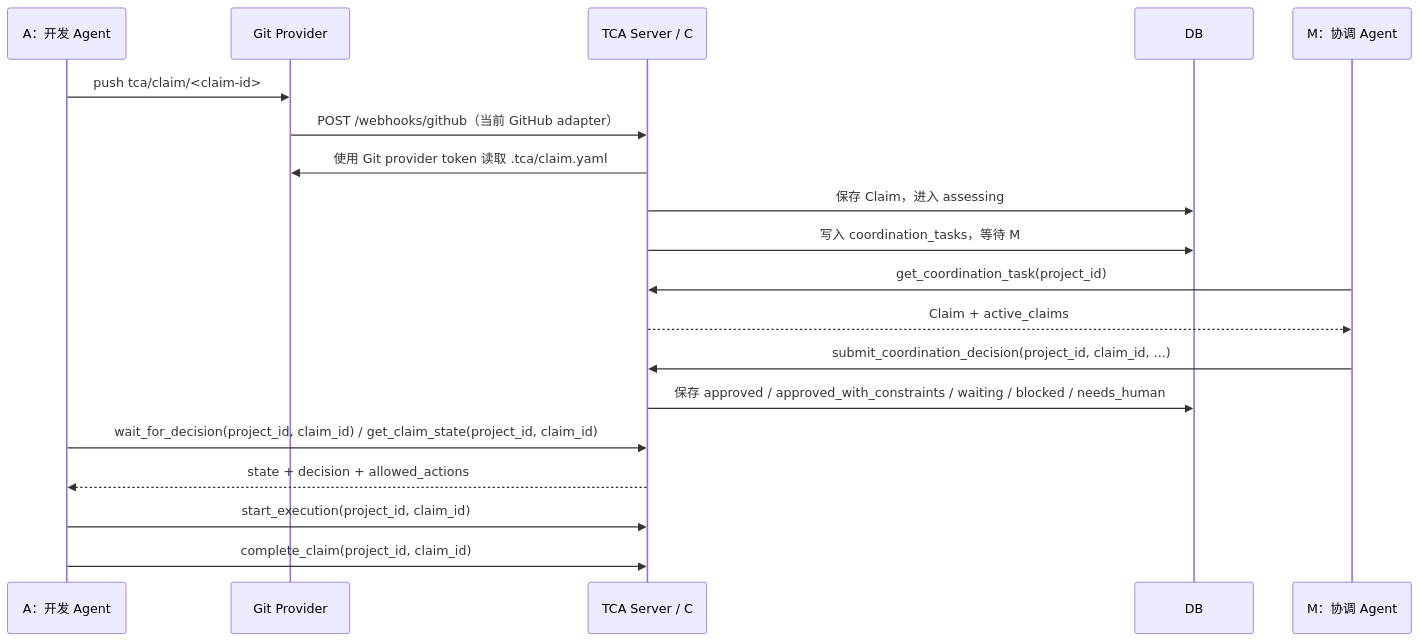
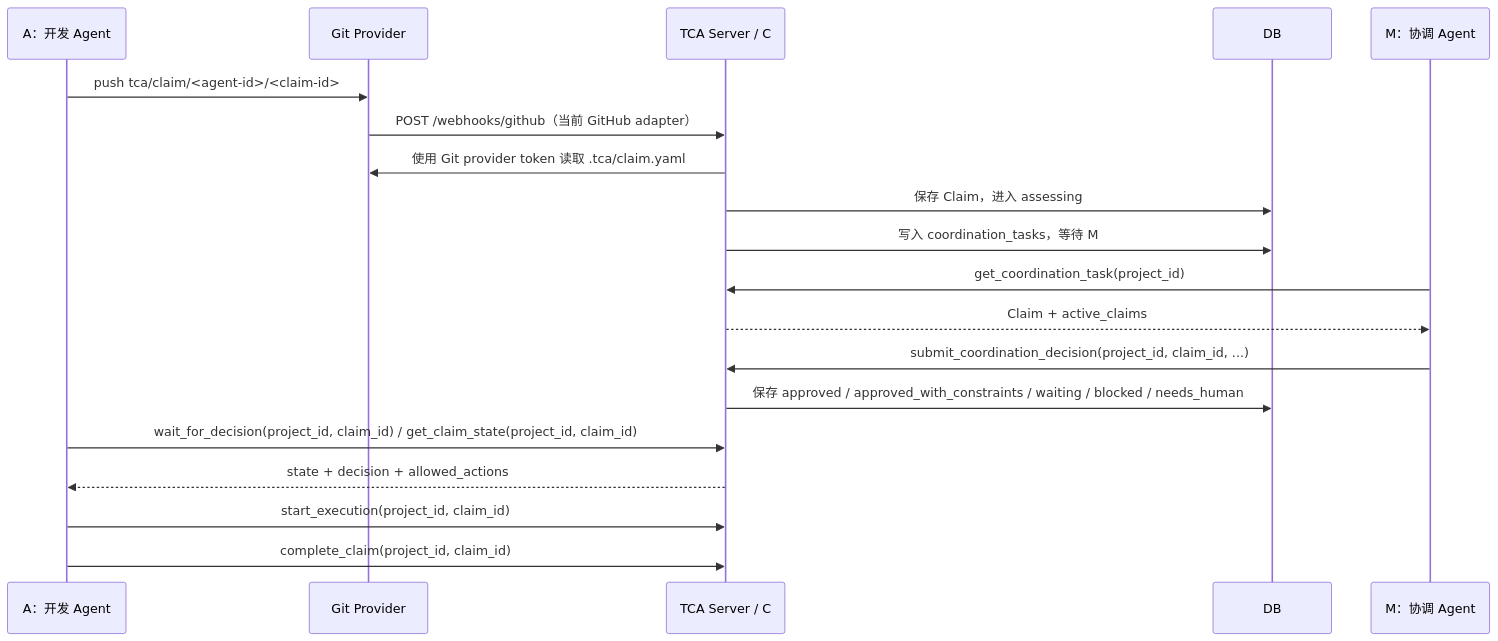
One commit to yigezong/tca changed the second of 3 diagrams in docs/tca-guide.md. Above: the diagram before and after it, drawn with Mermaid. The commit also changed other lines of this file and 5 other files, not shown here.

Commit message:
Scope claim branches by agent

````diff
--- a/docs/tca-guide.md
+++ b/docs/tca-guide.md
@@ -55,22 +55,22 @@
 ```mermaid
 sequenceDiagram
     participant A as A：开发 Agent
     participant Git as Git Provider
     participant C as TCA Server / C
     participant DB as DB
     participant M as M：协调 Agent
 
-    A->>Git: push tca/claim/<claim-id>
+    A->>Git: push tca/claim/<agent-id>/<claim-id>
     Git->>C: POST /webhooks/github（当前 GitHub adapter）
     C->>Git: 使用 Git provider token 读取 .tca/claim.yaml
     C->>DB: 保存 Claim，进入 assessing
     C->>DB: 写入 coordination_tasks，等待 M
     M->>C: get_coordination_task(project_id)
     C-->>M: Claim + active_claims
     M->>C: submit_coordination_decision(project_id, claim_id, ...)
     C->>DB: 保存 approved / approved_with_constraints / waiting / blocked / needs_human
     A->>C: wait_for_decision(project_id, claim_id) / get_claim_state(project_id, claim_id)
     C-->>A: state + decision + allowed_actions
     A->>C: start_execution(project_id, claim_id)
     A->>C: complete_claim(project_id, claim_id)
 ```
````
